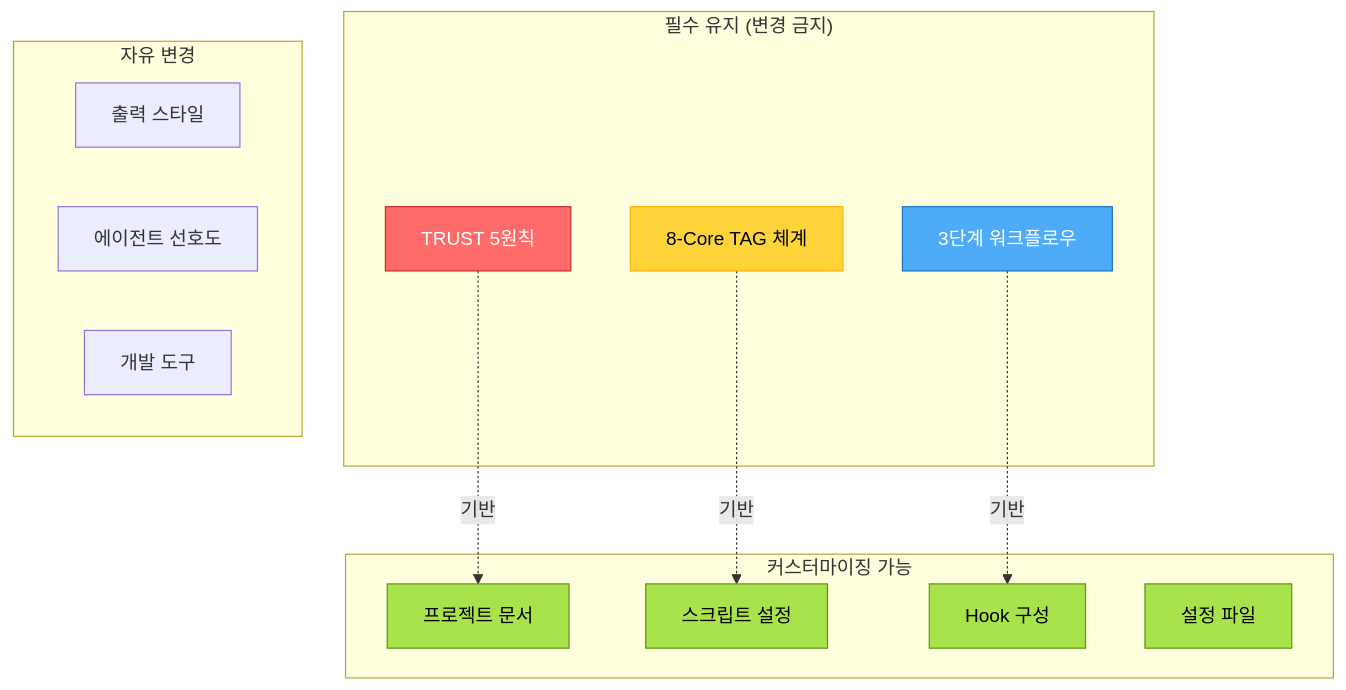
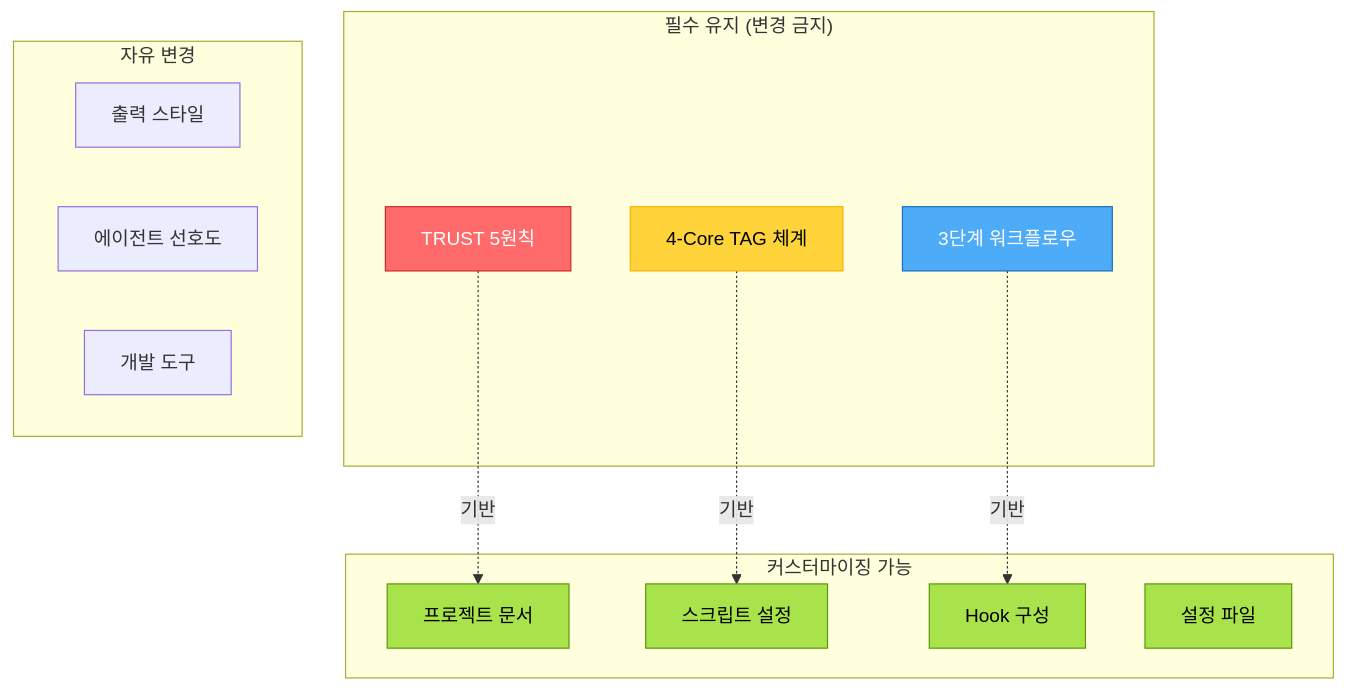
Before and after one commit to modu-ai/moai-adk: the diagram in docs/advanced/template-customization.md, drawn with Mermaid. The commit also changed other lines of this file and 34 other files, not shown here.

````diff
--- a/docs/advanced/template-customization.md
+++ b/docs/advanced/template-customization.md
@@ -22,33 +22,33 @@
 ```mermaid
 graph TB
     subgraph "필수 유지 (변경 금지)"
         A[TRUST 5원칙]
-        B[8-Core TAG 체계]
+        B[4-Core TAG 체계]
         C[3단계 워크플로우]
     end
 
     subgraph "커스터마이징 가능"
         D[프로젝트 문서]
         E[스크립트 설정]
         F[Hook 구성]
         G[설정 파일]
     end
 
     subgraph "자유 변경"
         H[출력 스타일]
         I[에이전트 선호도]
         J[개발 도구]
     end
 
     A -.->|기반| D
     B -.->|기반| E
     C -.->|기반| F
 
     style A fill:#ff6b6b,stroke:#c92a2a,color:#fff
     style B fill:#ffd43b,stroke:#fab005,color:#000
     style C fill:#4dabf7,stroke:#1971c2,color:#fff
     style D fill:#a9e34b,stroke:#5c940d,color:#000
     style E fill:#a9e34b,stroke:#5c940d,color:#000
     style F fill:#a9e34b,stroke:#5c940d,color:#000
     style G fill:#a9e34b,stroke:#5c940d,color:#000
 ```
````
